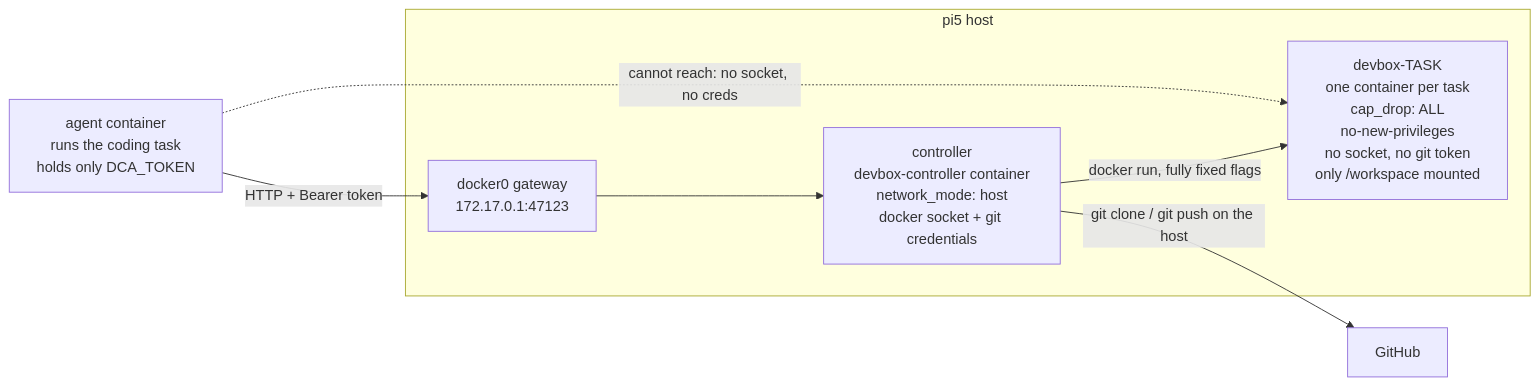
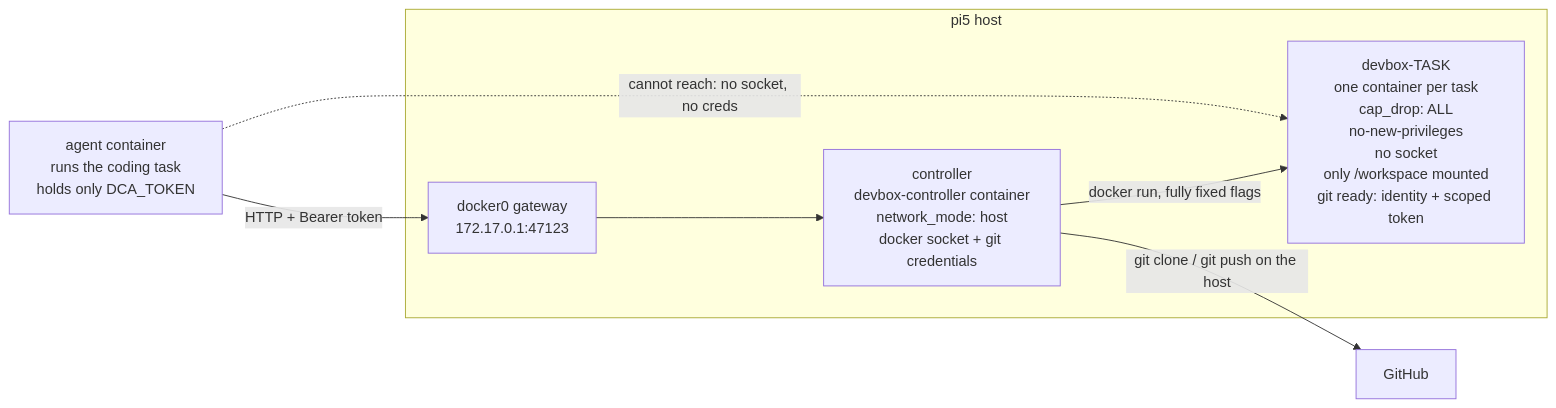
Before and after one commit to sysnapse/devbox-controller: the first of 2 diagrams in README.md, drawn with Mermaid. The commit also changed other lines of this file and 8 other files, not shown here.

First line of the commit message:
Git works inside the devbox: identity, credential helper and token provisioning

````diff
--- a/README.md
+++ b/README.md
@@ -7,16 +7,16 @@
 ```mermaid
 flowchart LR
     agent["agent container<br/>runs the coding task<br/>holds only DCA_TOKEN"]
     subgraph host["pi5 host"]
         gw["docker0 gateway<br/>172.17.0.1:47123"]
         ctrl["controller<br/>devbox-controller container<br/>network_mode: host<br/>docker socket + git credentials"]
-        dbx["devbox-TASK<br/>one container per task<br/>cap_drop: ALL<br/>no-new-privileges<br/>no socket, no git token<br/>only /workspace mounted"]
+        dbx["devbox-TASK<br/>one container per task<br/>cap_drop: ALL<br/>no-new-privileges<br/>no socket<br/>only /workspace mounted<br/>git ready: identity + scoped token"]
     end
     gh["GitHub"]
 
     agent -- "HTTP + Bearer token" --> gw
     gw --> ctrl
     ctrl -- "docker run, fully fixed flags" --> dbx
     ctrl -- "git clone / git push on the host" --> gh
     agent -. "cannot reach: no socket, no creds" .-> dbx
 ```
````
